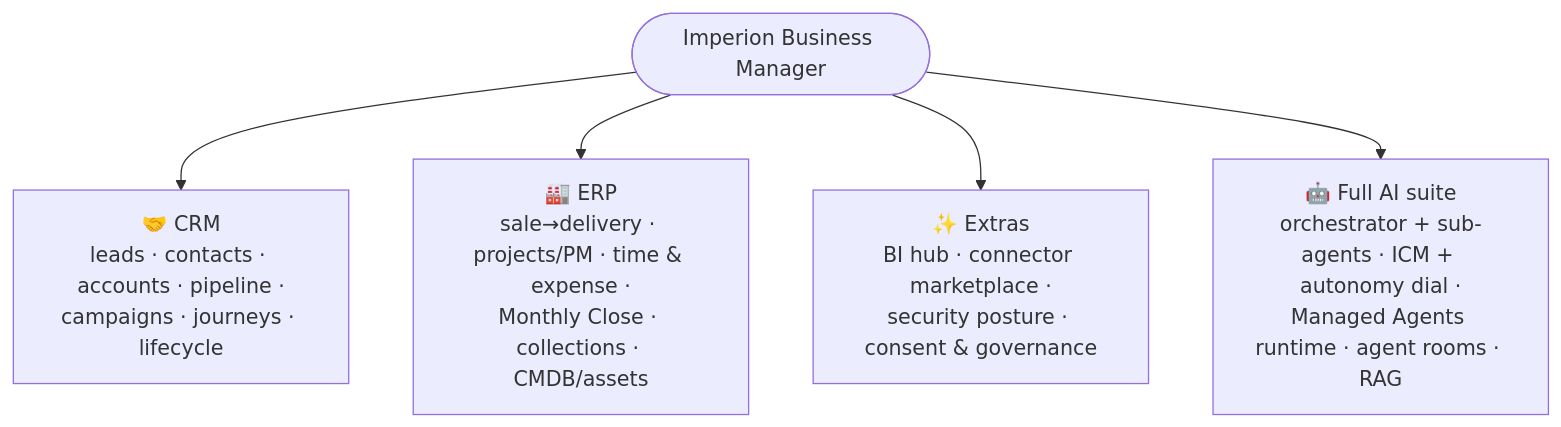
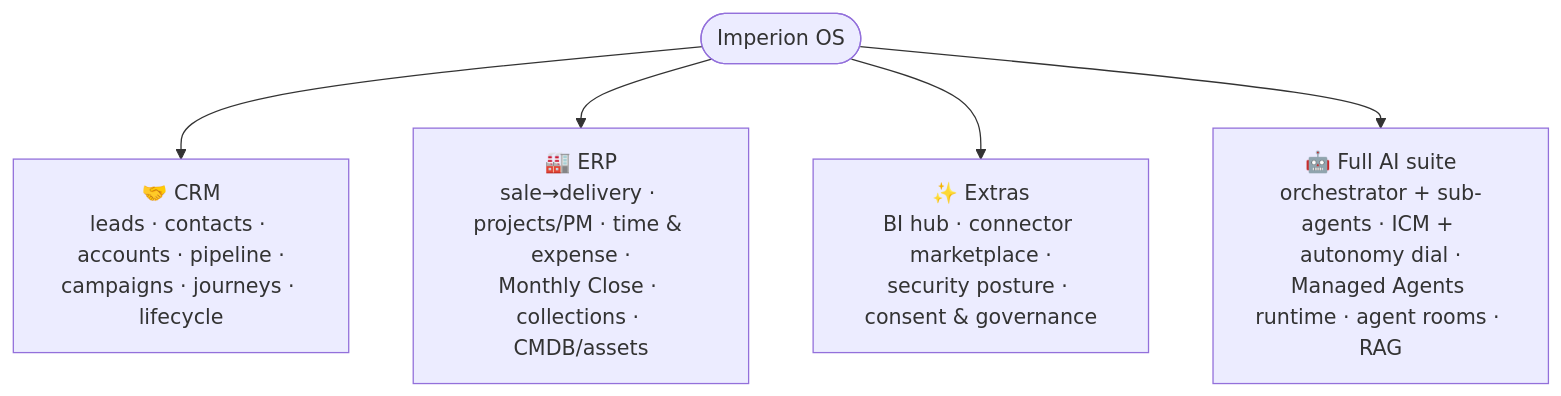
The first of 3 diagrams in docs/README.md (markdconnelly/ImperionCRM), drawn with Mermaid before and after one commit. The commit also changed other lines of this file and 60 other files, not shown here.

````diff
--- a/docs/README.md
+++ b/docs/README.md
@@ -27,8 +27,8 @@
 ```mermaid
 flowchart TB
-    IBM(["Imperion Business Manager"])
+    IBM(["Imperion OS"])
     IBM --> CRM["🤝 CRM<br/>leads · contacts · accounts · pipeline ·<br/>campaigns · journeys · lifecycle"]
     IBM --> ERP["🏭 ERP<br/>sale→delivery · projects/PM · time & expense ·<br/>Monthly Close · collections · CMDB/assets"]
     IBM --> EXTRA["✨ Extras<br/>BI hub · connector marketplace ·<br/>security posture · consent & governance"]
     IBM --> AI["🤖 Full AI suite<br/>orchestrator + sub-agents · ICM + autonomy dial ·<br/>Managed Agents runtime · agent rooms · RAG"]
 ```
````
